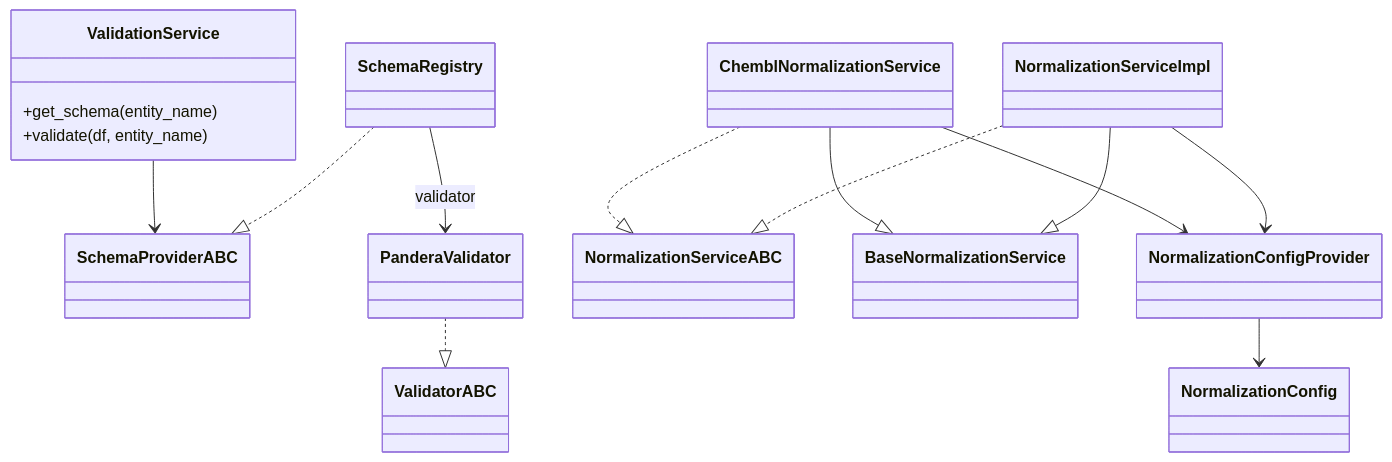
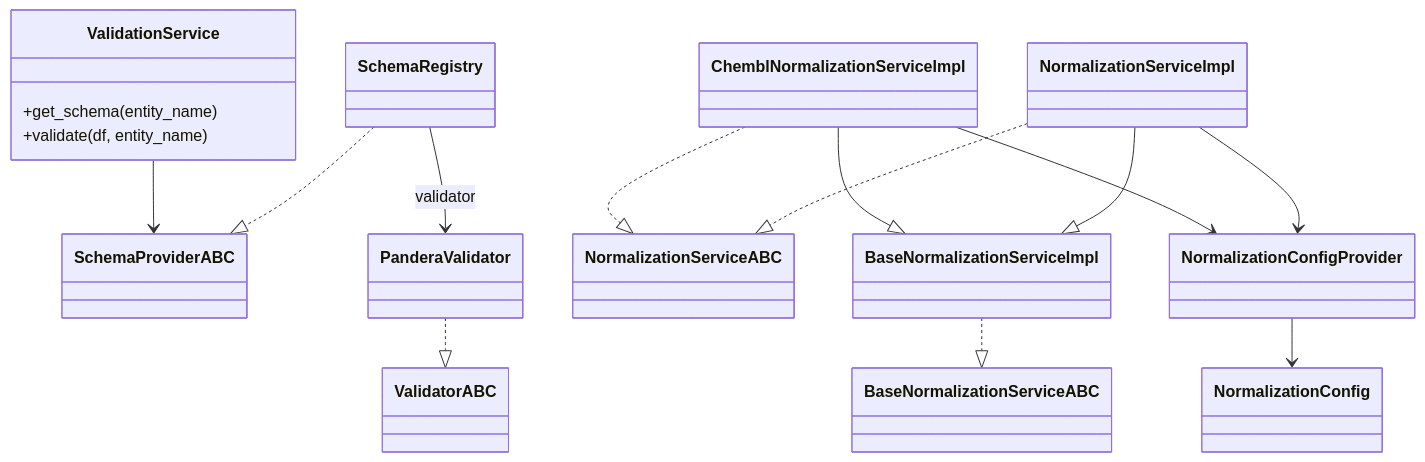
Before and after one commit to SatoryKono/BioactivityDataAcquisition: the diagram in docs/architecture/diagrams/class/12-domain-service-classes.mmd, drawn with Mermaid. The commit also changed 6 other files, not shown here.

Commit message:
docs: clarify normalization service roles

```diff
--- a/docs/architecture/diagrams/class/12-domain-service-classes.mmd
+++ b/docs/architecture/diagrams/class/12-domain-service-classes.mmd
@@ -1,34 +1,36 @@
 ---
 id: 7f1b5e5d-4c9a-4bf0-8c6f-0b3fdde2d0ac
 ---
 %%{init: {"class": {"domainPrimary": {"fill": "#f5f5f5", "stroke": "#444", "strokeWidth": 1.5, "color": "#111", "fontSize": "22px"}, "domainSecondary": {"fill": "#e3e7ec", "stroke": "#555", "strokeWidth": 1.2, "color": "#111", "fontSize": "18px"}, "interface": {"fill": "#dde7f2", "stroke": "#44546a", "strokeWidth": 1.5, "color": "#111", "fontSize": "22px"}}}}%%
 classDiagram-v2
 
 class ValidationService {
   +get_schema(entity_name)
   +validate(df, entity_name)
 }
 class SchemaProviderABC
 class ValidatorABC
 class PanderaValidator
 class SchemaRegistry
 
 class NormalizationServiceABC
-class BaseNormalizationService
-class ChemblNormalizationService
+class BaseNormalizationServiceABC
+class BaseNormalizationServiceImpl
+class ChemblNormalizationServiceImpl
 class NormalizationServiceImpl
 class NormalizationConfigProvider
 class NormalizationConfig
 
 ValidationService --> SchemaProviderABC
 SchemaRegistry ..|> SchemaProviderABC
 PanderaValidator ..|> ValidatorABC
 SchemaRegistry --> PanderaValidator : validator
 
-ChemblNormalizationService --|> BaseNormalizationService
-NormalizationServiceImpl --|> BaseNormalizationService
-ChemblNormalizationService ..|> NormalizationServiceABC
+BaseNormalizationServiceImpl ..|> BaseNormalizationServiceABC
+ChemblNormalizationServiceImpl --|> BaseNormalizationServiceImpl
+NormalizationServiceImpl --|> BaseNormalizationServiceImpl
+ChemblNormalizationServiceImpl ..|> NormalizationServiceABC
 NormalizationServiceImpl ..|> NormalizationServiceABC
-ChemblNormalizationService --> NormalizationConfigProvider
+ChemblNormalizationServiceImpl --> NormalizationConfigProvider
 NormalizationServiceImpl --> NormalizationConfigProvider
 NormalizationConfigProvider --> NormalizationConfig
```
